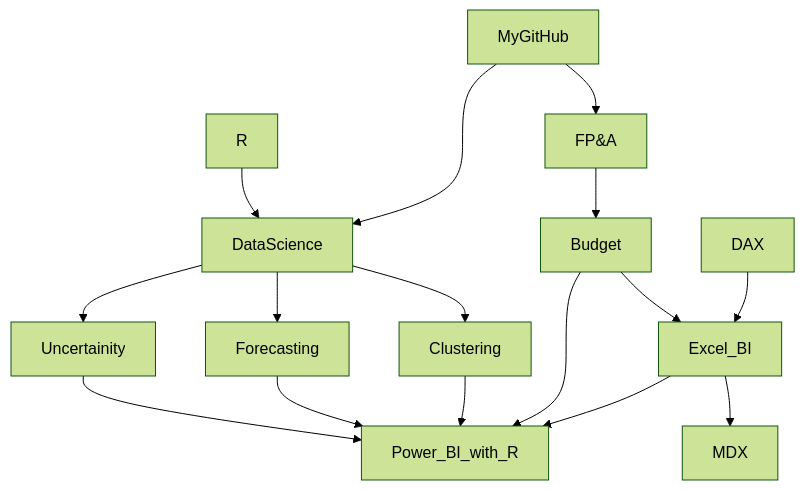
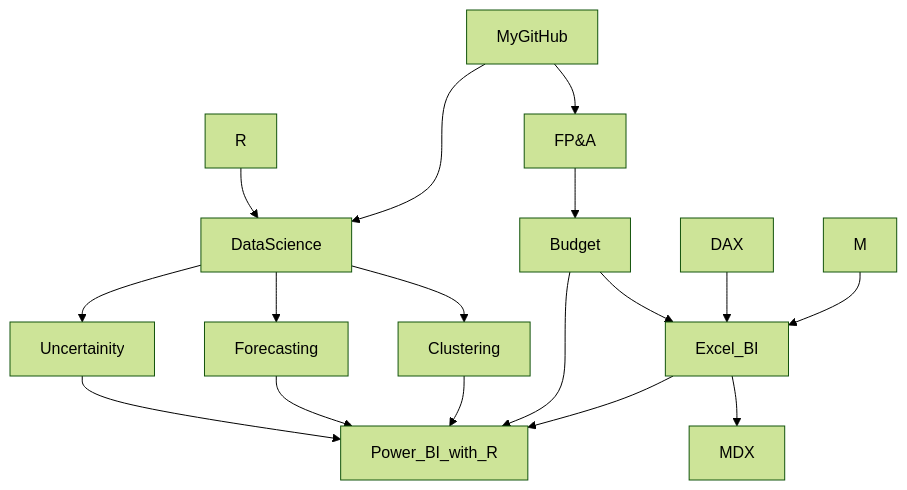
Before and after one commit to md3629/md3629: the diagram in README.md, drawn with Mermaid (forest theme).

````diff
--- a/README.md
+++ b/README.md
@@ -9,18 +9,19 @@
 ```mermaid
 graph TD;
     MyGitHub-->FP&A;
     FP&A-->Budget;
     R-->DataScience;
     MyGitHub-->DataScience;
     DataScience-->Forecasting;
     DataScience-->Clustering;
     DataScience-->Uncertainity;
     Uncertainity-->Power_BI_with_R;
     Forecasting-->Power_BI_with_R;
     Clustering-->Power_BI_with_R;
     Budget-->Power_BI_with_R;
     Budget-->Excel_BI;
     DAX-->Excel_BI;
+    M-->Excel_BI;
     Excel_BI-->Power_BI_with_R;
     Excel_BI-->MDX;
 ```
````
